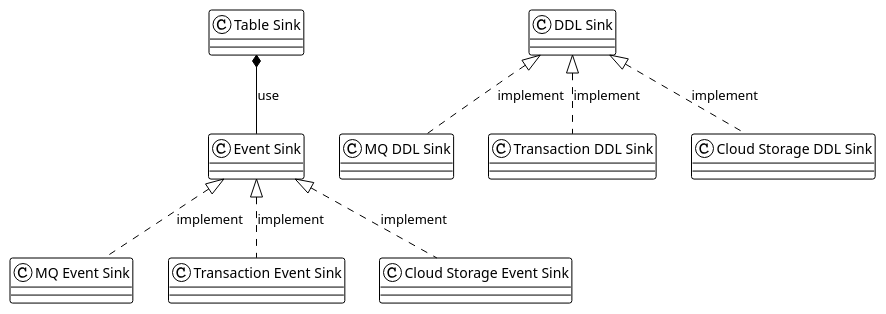
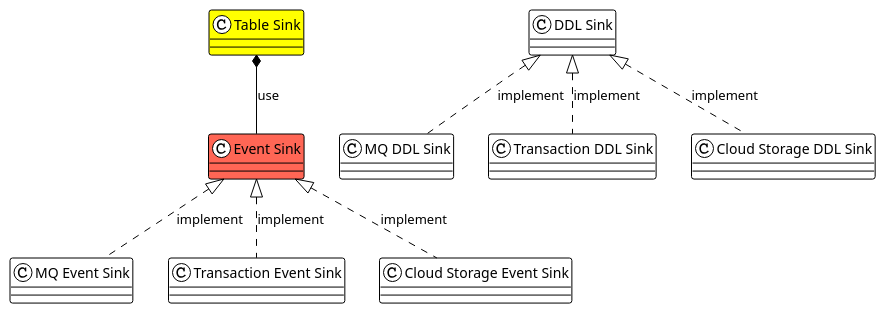
Before and after one commit to 0xPoe/talks: the sixth of 6 diagrams in ticdc-new-sink.slide/slides.md, drawn with PlantUML. The commit also changed other lines of this file, not shown here.

````diff
--- a/ticdc-new-sink.slide/slides.md
+++ b/ticdc-new-sink.slide/slides.md
@@ -455,25 +464,25 @@
 ```plantuml
 @startuml
 !theme plain
-class TS as "Table Sink"
-class ES as "Event Sink"
+class TS as "Table Sink" #Yellow
+class ES as "Event Sink" #FF6655
 class MQS as "MQ Event Sink"
 class TXNS as "Transaction Event Sink"
 class CSS as "Cloud Storage Event Sink"
 
 TS *-- ES : use
 
 ES <|.. MQS : implement
 ES <|.. TXNS : implement
 ES <|.. CSS : implement
 
 class DDLS as "DDL Sink"
 class DDLMQS as "MQ DDL Sink"
 class DDLTXNS as "Transaction DDL Sink"
 class DDLCSS as "Cloud Storage DDL Sink"
 
 DDLS <|.. DDLMQS : implement
 DDLS <|.. DDLTXNS : implement
 DDLS <|.. DDLCSS : implement
 @enduml
 ```
````
